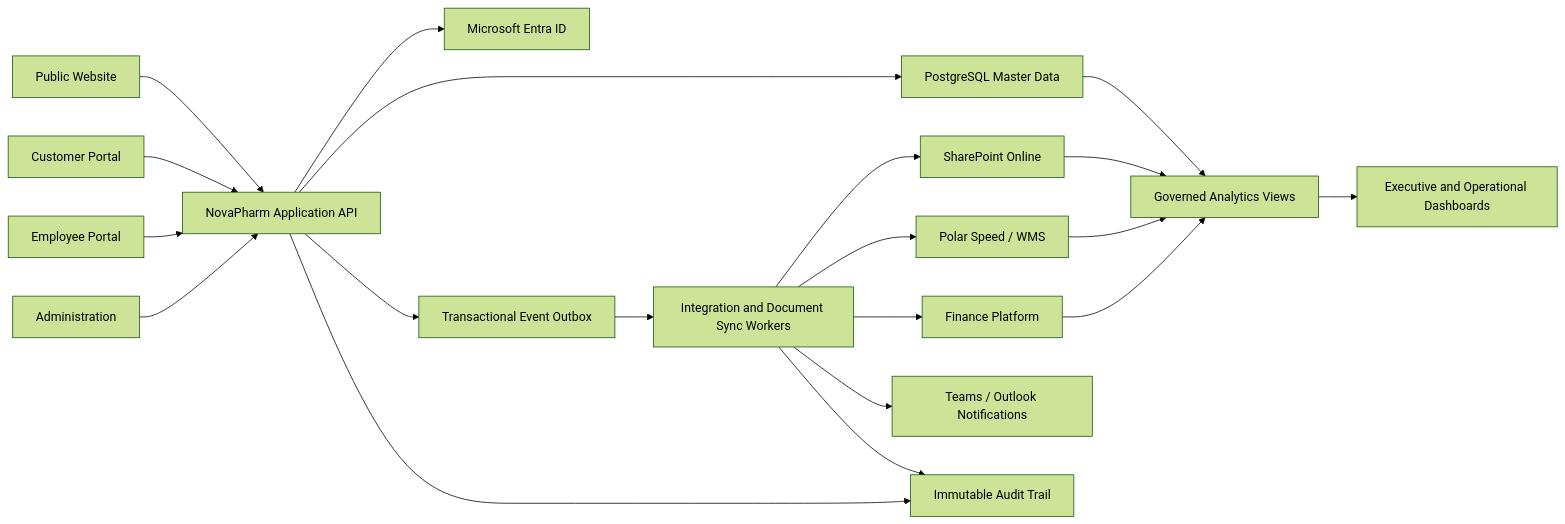
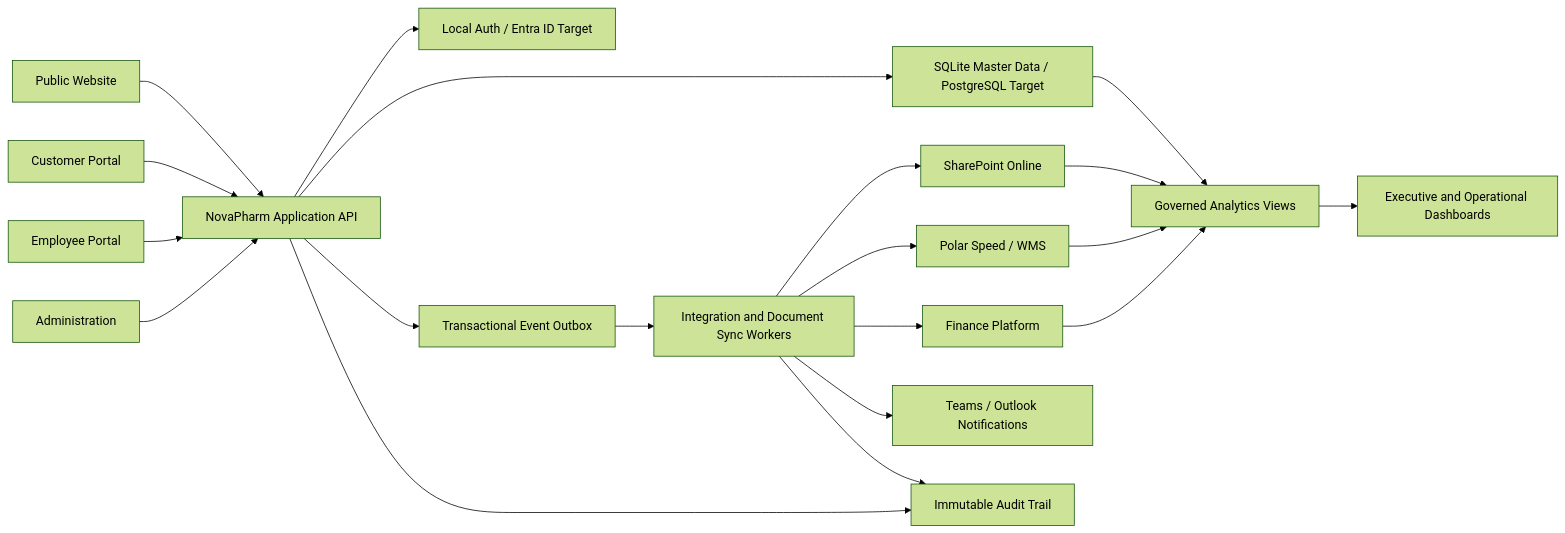
Before and after one commit to NovapharmHealthacre/novapharm-website: the diagram in architecture/system-relationships.md, drawn with Mermaid (forest theme). The commit also changed other lines of this file and 154 other files, not shown here.

````diff
--- a/architecture/system-relationships.md
+++ b/architecture/system-relationships.md
@@ -17,22 +17,22 @@
 ```mermaid
 flowchart LR
   Web["Public Website"] --> API["NovaPharm Application API"]
   Customer["Customer Portal"] --> API
   Employee["Employee Portal"] --> API
   Admin["Administration"] --> API
-  API --> IAM["Microsoft Entra ID"]
-  API --> DB["PostgreSQL Master Data"]
+  API --> IAM["Local Auth / Entra ID Target"]
+  API --> DB["SQLite Master Data / PostgreSQL Target"]
   API --> Outbox["Transactional Event Outbox"]
   Outbox --> Sync["Integration and Document Sync Workers"]
   Sync --> SP["SharePoint Online"]
   Sync --> WMS["Polar Speed / WMS"]
   Sync --> Finance["Finance Platform"]
   Sync --> Notify["Teams / Outlook Notifications"]
   DB --> Views["Governed Analytics Views"]
   SP --> Views
   WMS --> Views
   Finance --> Views
   Views --> BI["Executive and Operational Dashboards"]
   Sync --> Audit["Immutable Audit Trail"]
   API --> Audit
 ```
````
